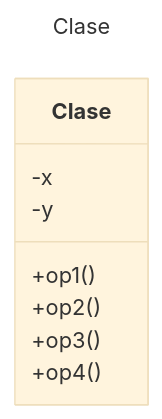
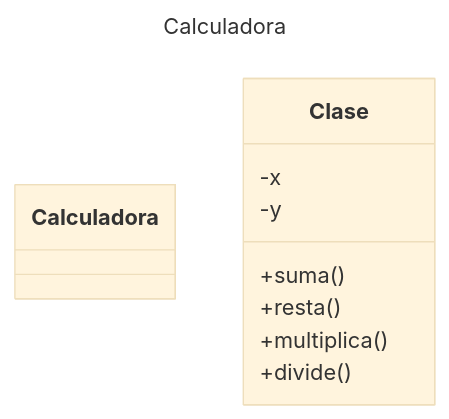
Before and after one commit to CLA-MOO/MOO.java.ag.calculadora: the diagram in README.md, drawn with Mermaid (base theme).

````diff
--- a/README.md
+++ b/README.md
@@ -7,13 +7,13 @@
 ```mermaid
 ---
-title: Clase
+title: Calculadora
 ---
 classDiagram
-      class Clase
+      class Calculadora
       Clase: -x
       Clase: -y
-      Clase: +op1()
-      Clase: +op2()
-      Clase: +op3()
-      Clase: +op4()
+      Clase: +suma()
+      Clase: +resta()
+      Clase: +multiplica()
+      Clase: +divide()
 ```
````
